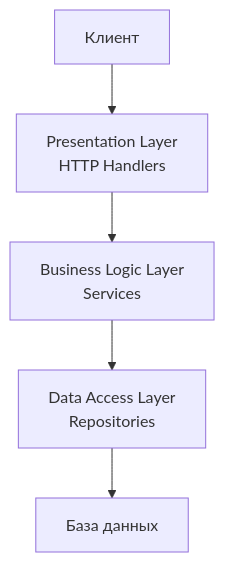
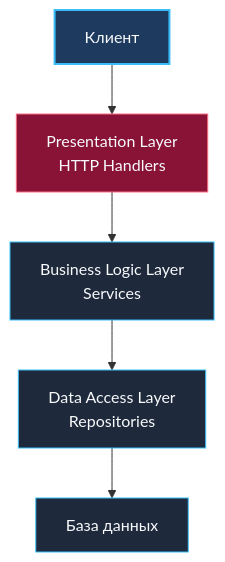
The diagram in sources/11. Архитектура и System Design/15. Layered Architecture. Классическая трехслойка.md (UnrealTemplier/go-textbook), drawn with Mermaid before and after one commit. The commit also changed 1666 other files, not shown here.

First line of the commit message:
feat(mermaid): add semantic color classDef to 1369 colorless flowchart/graph diagrams

````diff
--- a/sources/11. Архитектура и System Design/15. Layered Architecture. Классическая трехслойка.md
+++ b/sources/11. Архитектура и System Design/15. Layered Architecture. Классическая трехслойка.md
@@ -23,13 +23,23 @@
 ```mermaid
 flowchart TD
-    Client["Клиент"]
-    Presentation["Presentation Layer<br>HTTP Handlers"]
-    Business["Business Logic Layer<br>Services"]
-    Data["Data Access Layer<br>Repositories"]
-    DB["База данных"]
+    classDef process  fill:#1e293b,stroke:#38bdf8,stroke-width:1px,color:#f8fafc
+    classDef success  fill:#064e3b,stroke:#34d399,stroke-width:1px,color:#f8fafc
+    classDef error    fill:#7f1d1d,stroke:#f87171,stroke-width:1px,color:#f8fafc
+    classDef warning  fill:#78350f,stroke:#fbbf24,stroke-width:1px,color:#f8fafc
+    classDef entry    fill:#1e3a5f,stroke:#38bdf8,stroke-width:2px,color:#f8fafc
+    classDef aux      fill:#334155,stroke:#64748b,stroke-width:1px,color:#f8fafc
+    classDef system   fill:#312e81,stroke:#a78bfa,stroke-width:1px,color:#f8fafc
+    classDef data     fill:#132d29,stroke:#2dd4bf,stroke-width:1px,color:#f8fafc
+    classDef network  fill:#881337,stroke:#fb7185,stroke-width:1px,color:#f8fafc
+    classDef accent   fill:#1e1b4b,stroke:#818cf8,stroke-width:1px,color:#f8fafc
+    Client["Клиент"]:::entry
+    Presentation["Presentation Layer<br>HTTP Handlers"]:::network
+    Business["Business Logic Layer<br>Services"]:::process
+    Data["Data Access Layer<br>Repositories"]:::process
+    DB["База данных"]:::process
 
     Client --> Presentation
     Presentation --> Business
     Business --> Data
     Data --> DB
 ```
````
